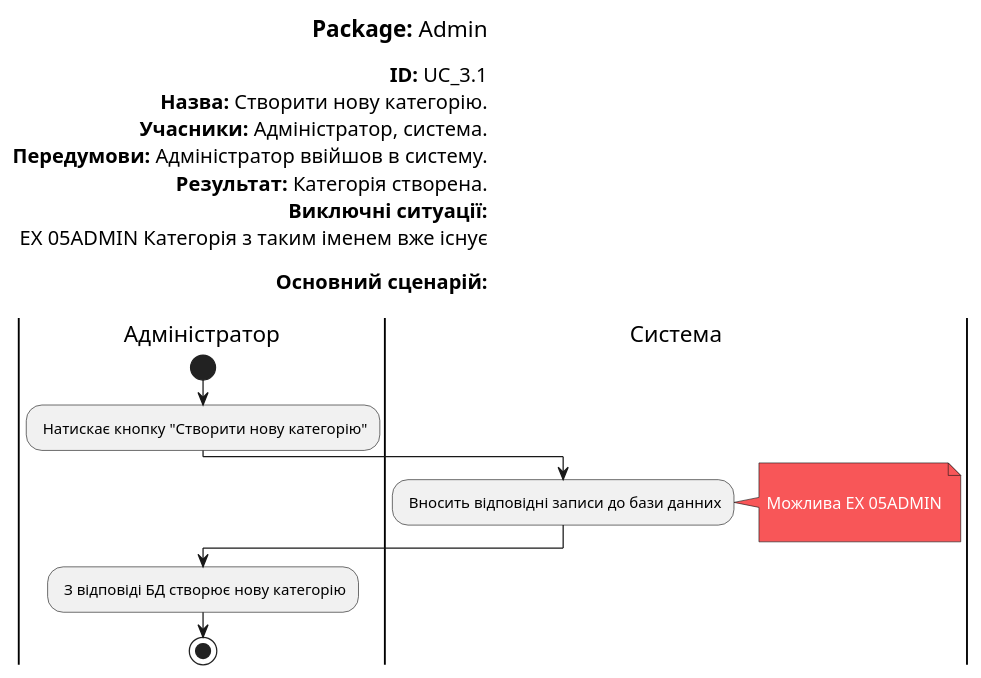
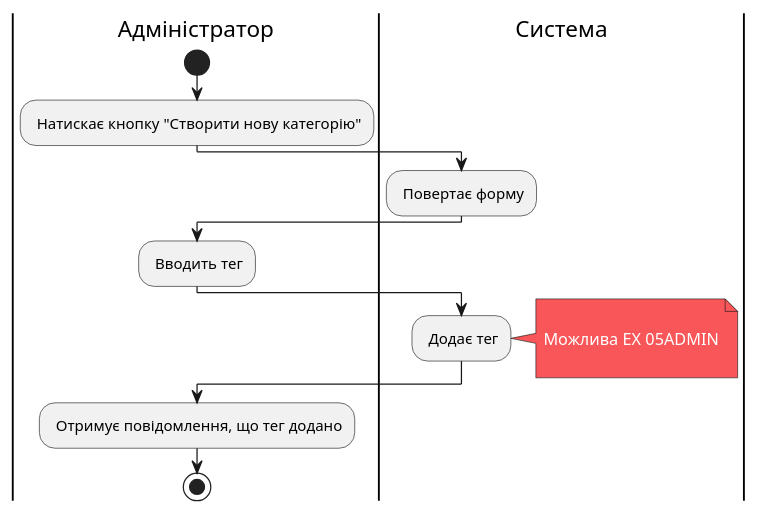
The diagram in src/uml/UC_3.1.puml (KarmazinN/db_open_data), drawn with PlantUML before and after one commit.

```diff
--- a/src/uml/UC_3.1.puml
+++ b/src/uml/UC_3.1.puml
@@ -1,45 +1,37 @@
 @startuml
 skinparam ArchimateBackgroundColor #ffffff
 skinparam	shadowing false
 skinparam Note {
 	BackgroundColor #f85658
 	FontColor #ffffff
 }
 
-left header
-<font color=000 size=18><b>Package:</b> Admin
 
-<font color=000 size=16><b>ID:</b> UC_3.1
-<font color=000 size=16><b>Назва:</b> Створити нову категорію.
-<font color=000 size=16><b>Учасники:</b> Адміністратор, система.
-<font color=000 size=16><b>Передумови:</b> Адміністратор ввійшов в систему.
-<font color=000 size=16><b>Результат:</b> Категорія створена.
-<font color=000 size=16><b>Виключні ситуації:</b>
-<font color=000 size=16> EX 05ADMIN Категорія з таким іменем вже існує
-
-<font color=000 size=16><b>Основний сценарій:</b>
-
-end header
 
 |Адміністратор|
 start
 : Натискає кнопку "Створити нову категорію";
 
 |Система|
+: Повертає форму; 
 
-: Вносить відповідні записи до бази данних;
+|Адміністратор|
+: Вводить тег;
+
+|Система|
+: Додає тег;
 
 note right
 
 	Можлива EX 05ADMIN
 
 end note
 
 |Адміністратор|
 
-: З відповіді БД створює нову категорію;
+: Отримує повідомлення, що тег додано;
 
 stop;
 
 
 @enduml
```
